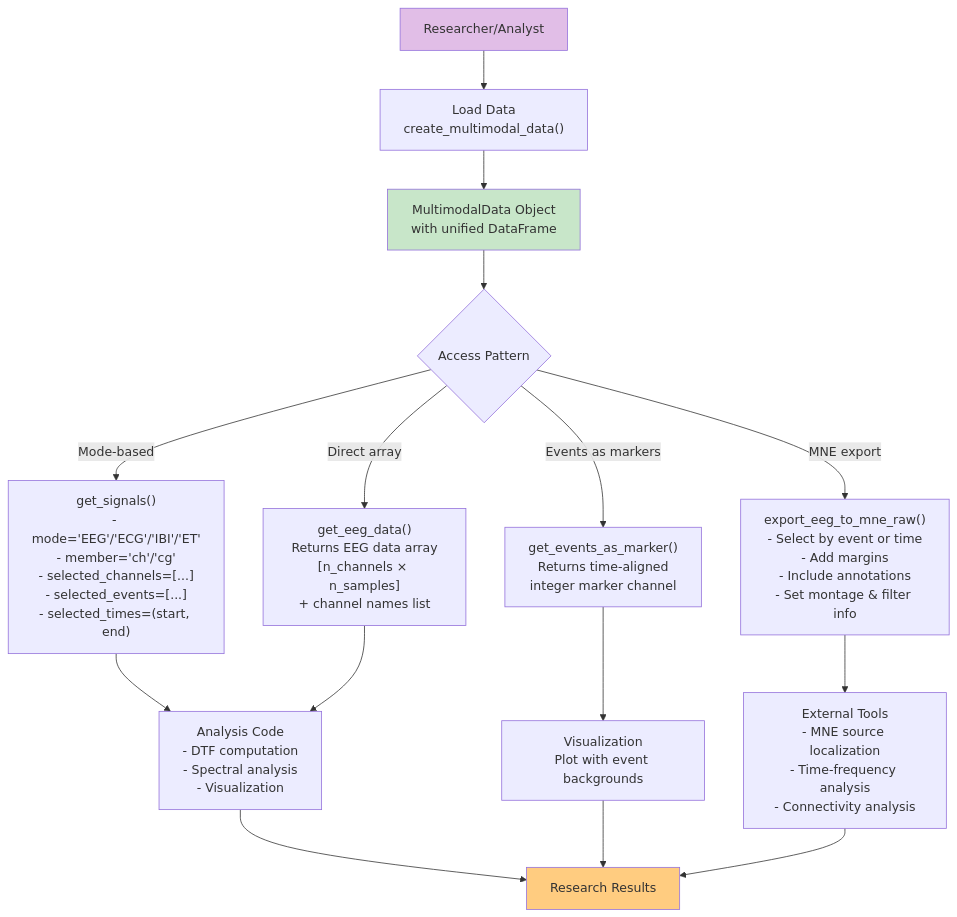
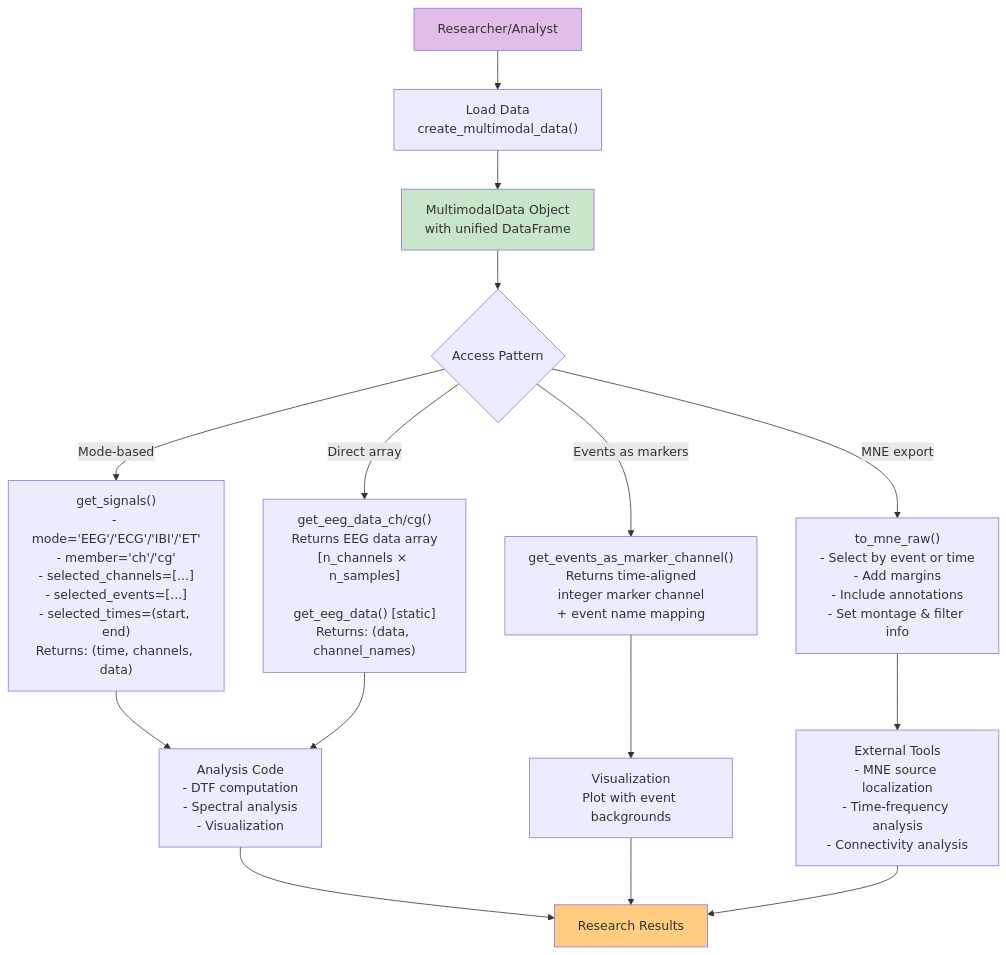
Before and after one commit to SYNCC-IN/hyperscanning-signal-analysis: the fifth of 5 diagrams in docs/architecture_diagram.md, drawn with Mermaid. The commit also changed other lines of this file and 1 other file, not shown here.

First line of the commit message:
docs: Update data structure spec and architecture diagram to v2.3 and v1.1

````diff
--- a/docs/architecture_diagram.md
+++ b/docs/architecture_diagram.md
@@ -203,32 +206,32 @@
 ```mermaid
 flowchart TD
     USER["Researcher/Analyst"]
     
     USER --> LOAD["Load Data<br/>create_multimodal_data()"]
     
     LOAD --> MMD["MultimodalData Object<br/>with unified DataFrame"]
     
     MMD --> CHOICE{Access Pattern}
     
-    CHOICE -->|"Mode-based"| MODE["get_signals()<br/>- mode='EEG'/'ECG'/'IBI'/'ET'<br/>- member='ch'/'cg'<br/>- selected_channels=[...]<br/>- selected_events=[...]<br/>- selected_times=(start, end)"]
+    CHOICE -->|"Mode-based"| MODE["get_signals()<br/>- mode='EEG'/'ECG'/'IBI'/'ET'<br/>- member='ch'/'cg'<br/>- selected_channels=[...]<br/>- selected_events=[...]<br/>- selected_times=(start, end)<br/>Returns: (time, channels, data)"]
     
-    CHOICE -->|"Direct array"| DIRECT["get_eeg_data()<br/>Returns EEG data array<br/>[n_channels × n_samples]<br/>+ channel names list"]
+    CHOICE -->|"Direct array"| DIRECT["get_eeg_data_ch/cg()<br/>Returns EEG data array<br/>[n_channels × n_samples]<br/><br/>get_eeg_data() [static]<br/>Returns: (data, channel_names)"]
     
-    CHOICE -->|"Events as markers"| MARKER["get_events_as_marker()<br/>Returns time-aligned<br/>integer marker channel"]
+    CHOICE -->|"Events as markers"| MARKER["get_events_as_marker_channel()<br/>Returns time-aligned<br/>integer marker channel<br/>+ event name mapping"]
     
-    CHOICE -->|"MNE export"| MNE["export_eeg_to_mne_raw()<br/>- Select by event or time<br/>- Add margins<br/>- Include annotations<br/>- Set montage & filter info"]
+    CHOICE -->|"MNE export"| MNE["to_mne_raw()<br/>- Select by event or time<br/>- Add margins<br/>- Include annotations<br/>- Set montage & filter info"]
     
     MODE --> ANALYSIS["Analysis Code<br/>- DTF computation<br/>- Spectral analysis<br/>- Visualization"]
     
     DIRECT --> ANALYSIS
     MARKER --> VIS["Visualization<br/>Plot with event backgrounds"]
     MNE --> EXT_TOOLS["External Tools<br/>- MNE source localization<br/>- Time-frequency analysis<br/>- Connectivity analysis"]
     
     ANALYSIS --> RESULTS["Research Results"]
     VIS --> RESULTS
     EXT_TOOLS --> RESULTS
     
     style USER fill:#e1bee7
     style MMD fill:#c8e6c9
     style RESULTS fill:#ffcc80
 ```
````
